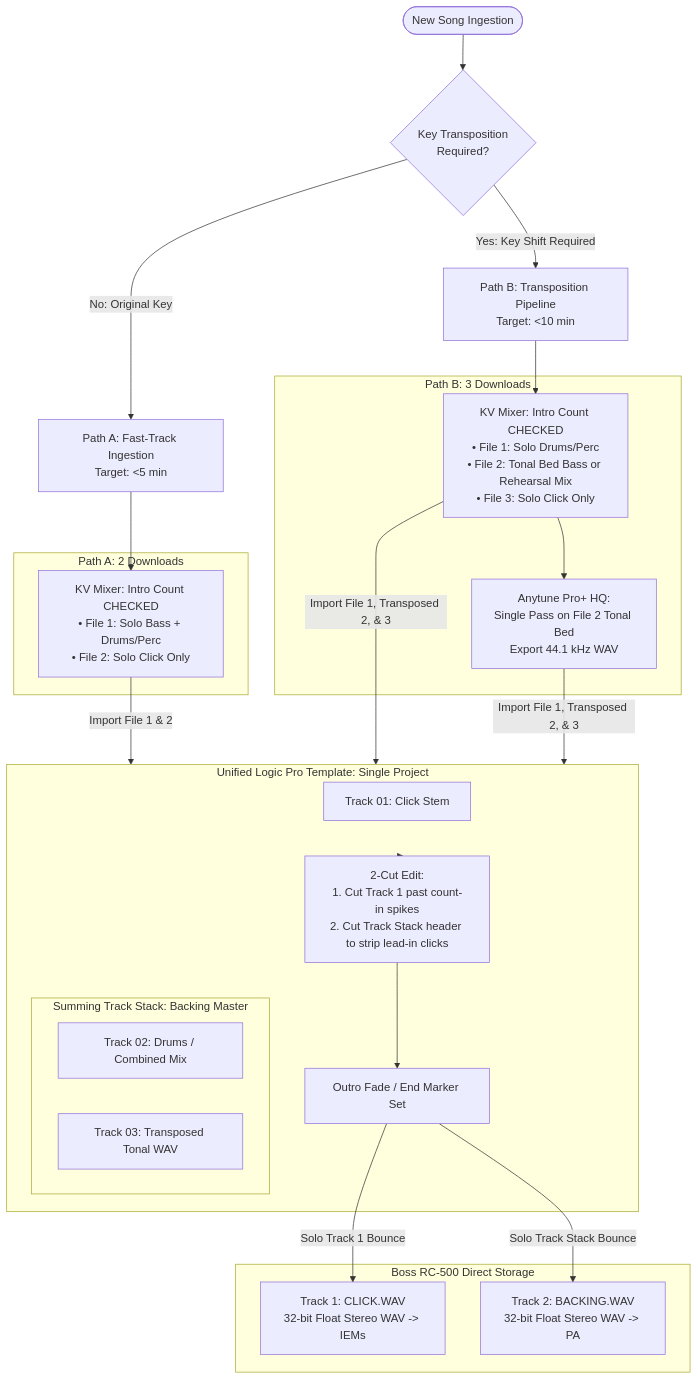
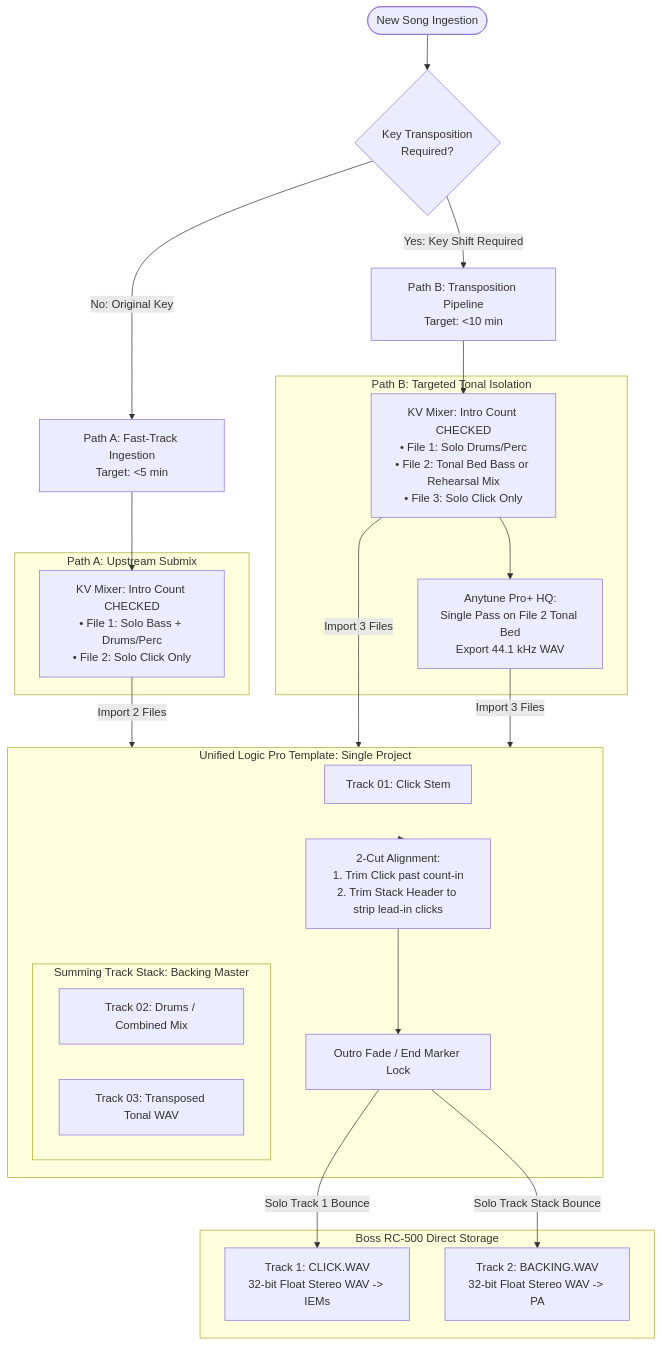
The diagram in docs/architecture/backing-track-curation-adr.md (scottwdavidson/chordprotools), drawn with Mermaid before and after one commit. The commit also changed other lines of this file and 1 other file, not shown here.

````diff
--- a/docs/architecture/backing-track-curation-adr.md
+++ b/docs/architecture/backing-track-curation-adr.md
@@ -55,44 +60,44 @@
 ```mermaid
 flowchart TD
     Start([New Song Ingestion]) --> Check{Key Transposition<br/>Required?}
 
     %% Path A
     Check -->|No: Original Key| PathA[Path A: Fast-Track Ingestion<br/>Target: <5 min]
-    subgraph FastTrack[Path A: 2 Downloads]
+    subgraph FastTrack[Path A: Upstream Submix]
         A1[KV Mixer: Intro Count CHECKED<br/>• File 1: Solo Bass + Drums/Perc<br/>• File 2: Solo Click Only]
     end
     PathA --> A1
 
     %% Path B
     Check -->|Yes: Key Shift Required| PathB[Path B: Transposition Pipeline<br/>Target: <10 min]
-    subgraph PitchTrack[Path B: 3 Downloads]
+    subgraph PitchTrack[Path B: Targeted Tonal Isolation]
         B1[KV Mixer: Intro Count CHECKED<br/>• File 1: Solo Drums/Perc<br/>• File 2: Tonal Bed Bass or Rehearsal Mix<br/>• File 3: Solo Click Only]
         B2[Anytune Pro+ HQ:<br/>Single Pass on File 2 Tonal Bed<br/>Export 44.1 kHz WAV]
     end
     PathB --> B1 --> B2
 
     %% Unified DAW Template
     subgraph Logic[Unified Logic Pro Template: Single Project]
         T1[Track 01: Click Stem]
         subgraph Stack[Summing Track Stack: Backing Master]
             T2[Track 02: Drums / Combined Mix]
             T3[Track 03: Transposed Tonal WAV]
         end
-        E1[2-Cut Edit:<br/>1. Cut Track 1 past count-in spikes<br/>2. Cut Track Stack header to strip lead-in clicks]
-        E2[Outro Fade / End Marker Set]
+        E1[2-Cut Alignment:<br/>1. Trim Click past count-in<br/>2. Trim Stack Header to strip lead-in clicks]
+        E2[Outro Fade / End Marker Lock]
     end
 
-    A1 -->|Import File 1 & 2| Logic
-    B1 & B2 -->|Import File 1, Transposed 2, & 3| Logic
+    A1 -->|Import 2 Files| Logic
+    B1 & B2 -->|Import 3 Files| Logic
     Logic --> E1 --> E2
 
     %% Output
     subgraph RC500[Boss RC-500 Direct Storage]
         W1[Track 1: CLICK.WAV<br/>32-bit Float Stereo WAV -> IEMs]
         W2[Track 2: BACKING.WAV<br/>32-bit Float Stereo WAV -> PA]
     end
 
     E2 -->|Solo Track 1 Bounce| W1
     E2 -->|Solo Track Stack Bounce| W2
 
 ```
````
